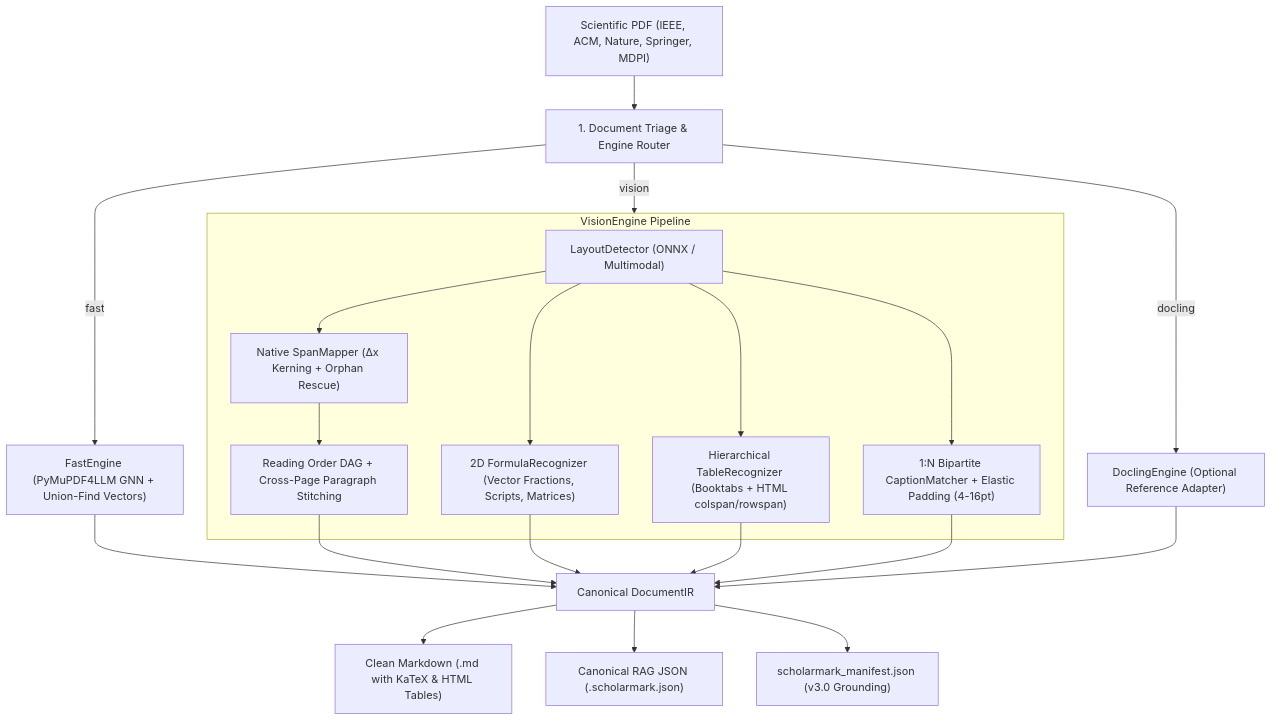
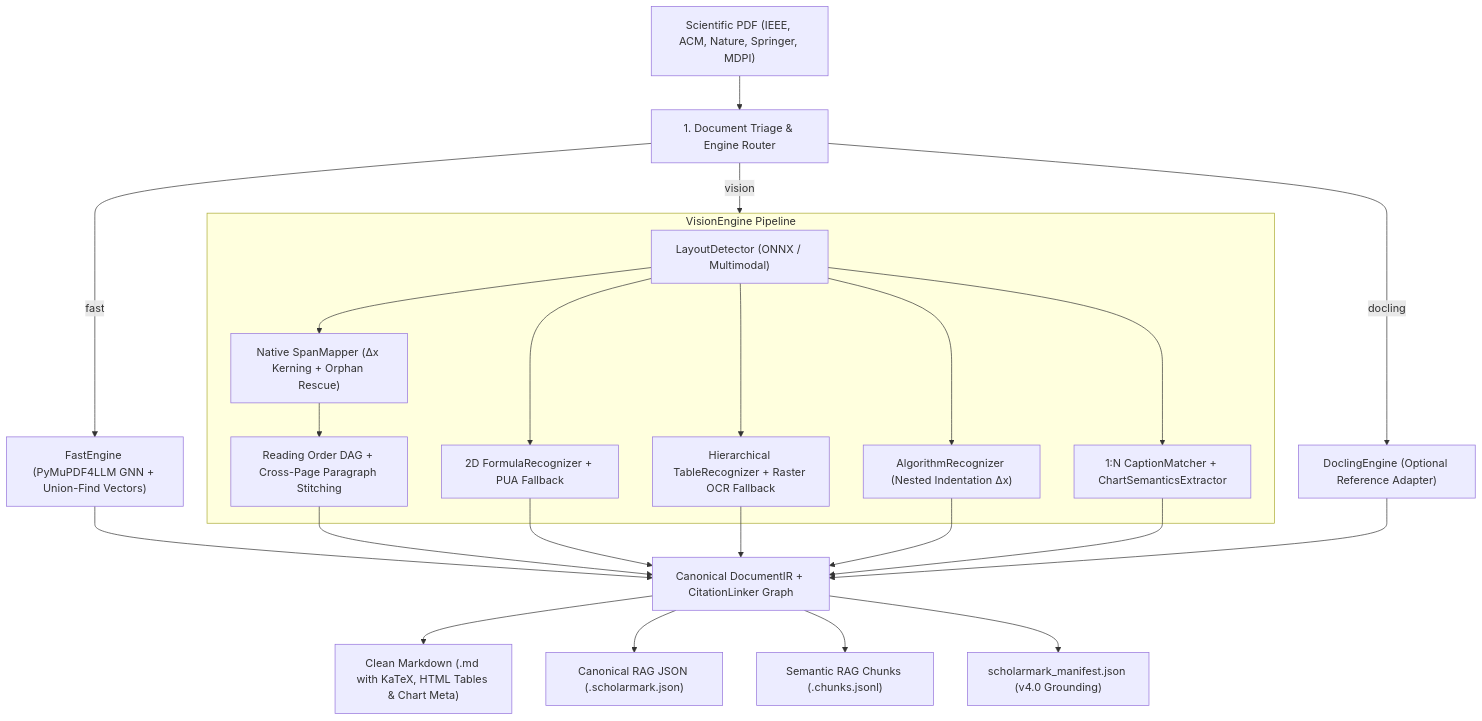
Before and after one commit to joako-baneado/scholarmark: the diagram in README.md, drawn with Mermaid. The commit also changed other lines of this file and 2 other files, not shown here.

````diff
--- a/README.md
+++ b/README.md
@@ -80,26 +81,29 @@
 ```mermaid
 flowchart TD
     PDF["Scientific PDF (IEEE, ACM, Nature, Springer, MDPI)"] --> Triage["1. Document Triage & Engine Router"]
     Triage -->|fast| Fast["FastEngine (PyMuPDF4LLM GNN + Union-Find Vectors)"]
-    Triage -->|vision| Vision["VisionEngine (Asymmetric Hybrid v3.0)"]
+    Triage -->|vision| Vision["VisionEngine (Asymmetric Hybrid v4.0)"]
     Triage -->|docling| Docling["DoclingEngine (Optional Reference Adapter)"]
 
     subgraph Vision ["VisionEngine Pipeline"]
         LD["LayoutDetector (ONNX / Multimodal)"] --> SM["Native SpanMapper (Δx Kerning + Orphan Rescue)"]
         SM --> DAG["Reading Order DAG + Cross-Page Paragraph Stitching"]
-        LD --> Math2D["2D FormulaRecognizer (Vector Fractions, Scripts, Matrices)"]
-        LD --> TabHTML["Hierarchical TableRecognizer (Booktabs + HTML colspan/rowspan)"]
-        LD --> Cap1N["1:N Bipartite CaptionMatcher + Elastic Padding (4-16pt)"]
+        LD --> Math2D["2D FormulaRecognizer + PUA Fallback"]
+        LD --> TabHTML["Hierarchical TableRecognizer + Raster OCR Fallback"]
+        LD --> Algo["AlgorithmRecognizer (Nested Indentation Δx)"]
+        LD --> Cap1N["1:N CaptionMatcher + ChartSemanticsExtractor"]
     end
 
-    Fast --> IR["Canonical DocumentIR"]
+    Fast --> IR["Canonical DocumentIR + CitationLinker Graph"]
     DAG --> IR
     Math2D --> IR
     TabHTML --> IR
+    Algo --> IR
     Cap1N --> IR
     Docling --> IR
 
-    IR --> MD["Clean Markdown (.md with KaTeX & HTML Tables)"]
+    IR --> MD["Clean Markdown (.md with KaTeX, HTML Tables & Chart Meta)"]
     IR --> JSON["Canonical RAG JSON (.scholarmark.json)"]
-    IR --> Manifest["scholarmark_manifest.json (v3.0 Grounding)"]
+    IR --> Chunks["Semantic RAG Chunks (.chunks.jsonl)"]
+    IR --> Manifest["scholarmark_manifest.json (v4.0 Grounding)"]
 ```
````
